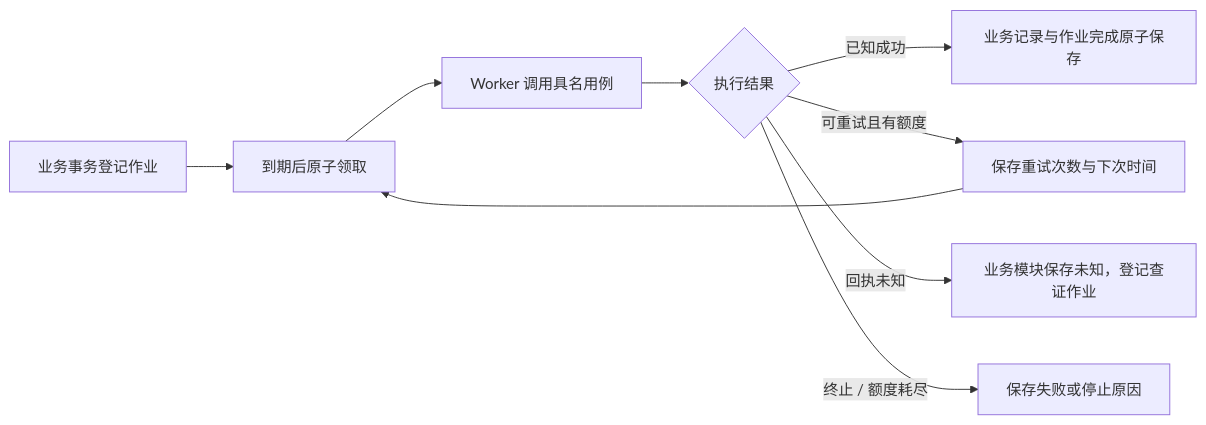
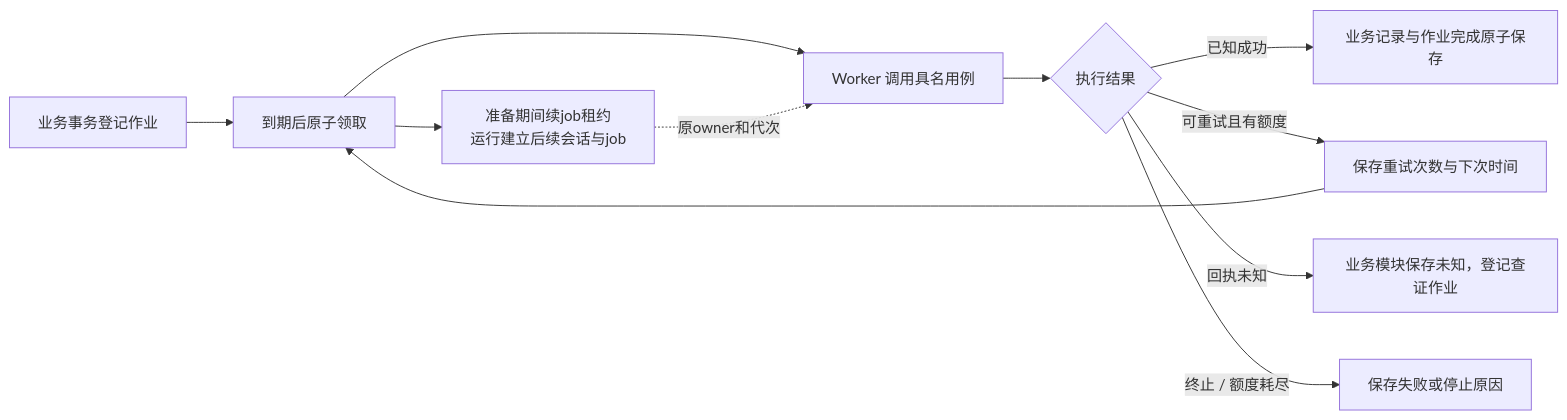
The fifth of 12 diagrams in docs/architecture/implementation-views.md (yaoziyaoguai/data_agent), drawn with Mermaid before and after one commit. The commit also changed other lines of this file and 55 other files, not shown here.

````diff
--- a/docs/architecture/implementation-views.md
+++ b/docs/architecture/implementation-views.md
@@ -195,11 +200,13 @@
 ```mermaid
 flowchart LR
   A["业务事务登记作业"] --> B["到期后原子领取"]
   B --> C["Worker 调用具名用例"]
+  B --> Lease["准备期间续job租约<br/>运行建立后续会话与job"]
+  Lease -.原owner和代次.-> C
   C --> D{"执行结果"}
   D -->|已知成功| E["业务记录与作业完成原子保存"]
   D -->|可重试且有额度| F["保存重试次数与下次时间"]
   F --> B
   D -->|回执未知| G["业务模块保存未知，登记查证作业"]
   D -->|终止 / 额度耗尽| H["保存失败或停止原因"]
 ```
````
